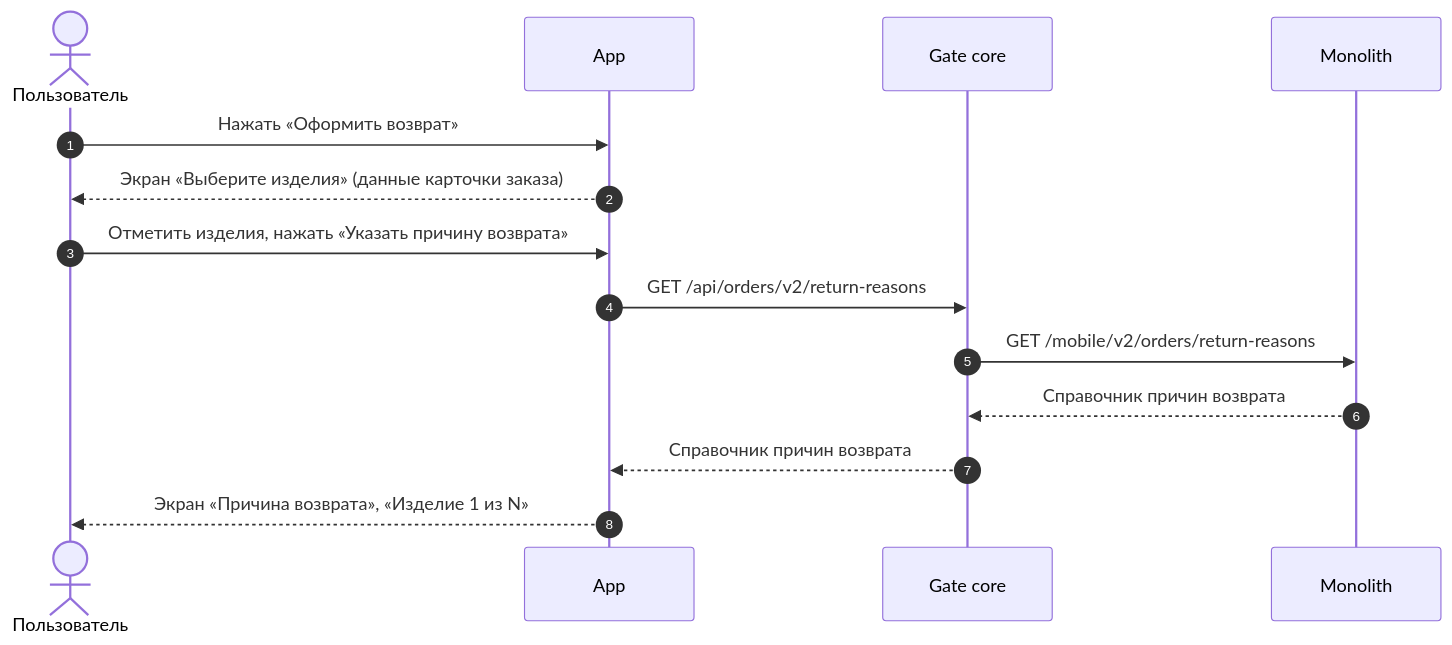
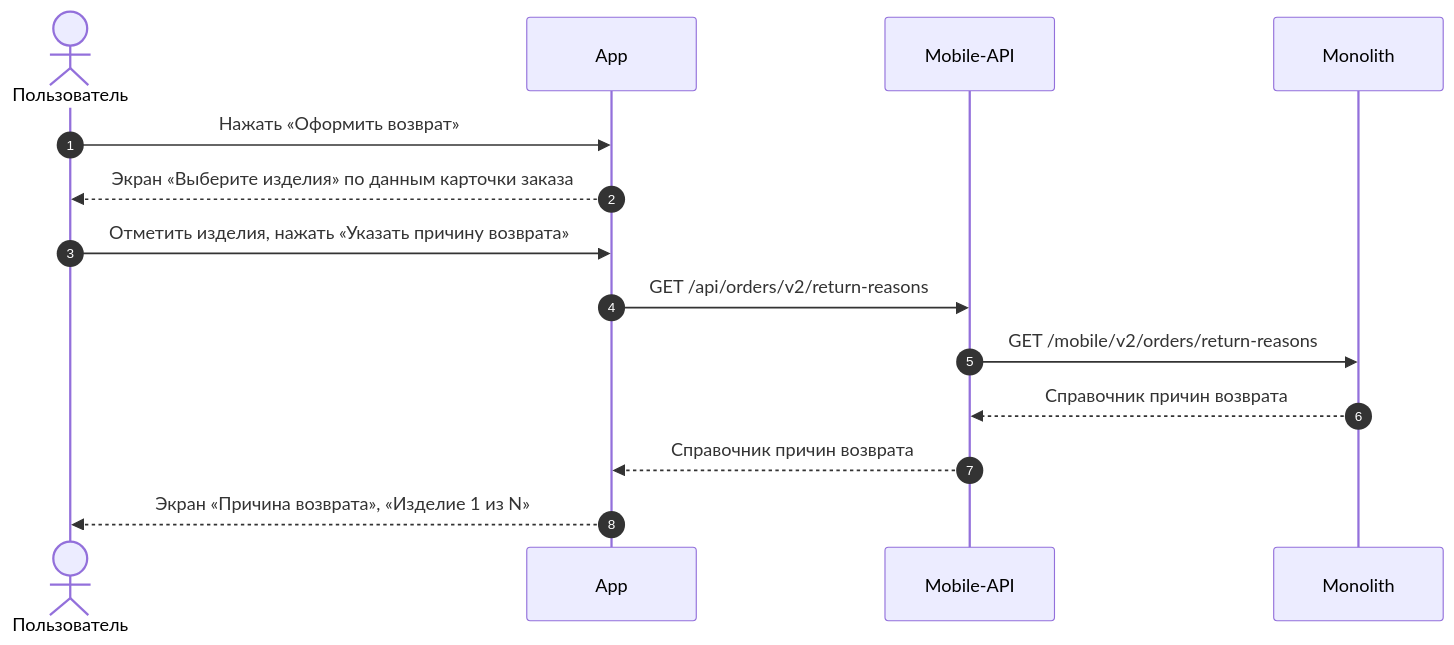
The second of 7 diagrams in projects/returns-2.0/requirements/srs/srs-mobile.md (Terinss155/opencode-agents-analysis), drawn with Mermaid before and after one commit. The commit also changed other lines of this file and 2 other files, not shown here.

````diff
--- a/projects/returns-2.0/requirements/srs/srs-mobile.md
+++ b/projects/returns-2.0/requirements/srs/srs-mobile.md
@@ -119,18 +113,17 @@
 ```mermaid
 sequenceDiagram
     autonumber
-
     actor U as Пользователь
     participant APP as App
-    participant GWC as Gate core
+    participant API as Mobile-API
     participant MON as Monolith
 
     U->>APP: Нажать «Оформить возврат»
-    APP-->>U: Экран «Выберите изделия» (данные карточки заказа)
+    APP-->>U: Экран «Выберите изделия» по данным карточки заказа
     U->>APP: Отметить изделия, нажать «Указать причину возврата»
-    APP->>GWC: GET /api/orders/v2/return-reasons
-    GWC->>MON: GET /mobile/v2/orders/return-reasons
-    MON-->>GWC: Справочник причин возврата
-    GWC-->>APP: Справочник причин возврата
+    APP->>API: GET /api/orders/v2/return-reasons
+    API->>MON: GET /mobile/v2/orders/return-reasons
+    MON-->>API: Справочник причин возврата
+    API-->>APP: Справочник причин возврата
     APP-->>U: Экран «Причина возврата», «Изделие 1 из N»
 ```
````
